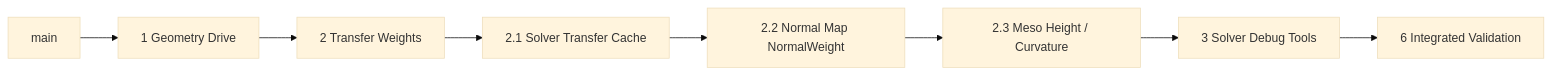
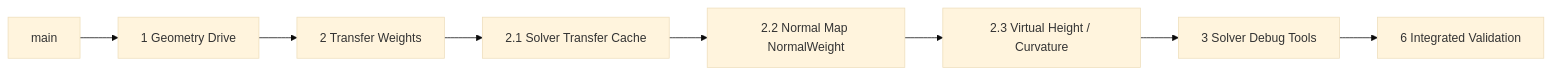
One commit to Yonaim/Material-Dependent-Surface-State-Engine changed the second of 2 diagrams in Docs/MDSSP-Vault/03_Planning/02_Weekly-Details/Week-05/0000_Week5-Branch-Plan.md. Above: the diagram before and after it, drawn with Mermaid (base theme). The commit also changed other lines of this file and 35 other files, not shown here.

Commit message:
Docs: Virtual Meso Geometry 용어와 형상 설명 정리

````diff
--- a/Docs/MDSSP-Vault/03_Planning/02_Weekly-Details/Week-05/0000_Week5-Branch-Plan.md
+++ b/Docs/MDSSP-Vault/03_Planning/02_Weekly-Details/Week-05/0000_Week5-Branch-Plan.md
@@ -132,10 +132,10 @@
 ```mermaid
 flowchart LR
     Main[main] --> B1[1 Geometry Drive]
     B1 --> B2[2 Transfer Weights]
     B2 --> B21[2.1 Solver Transfer Cache]
     B21 --> B22[2.2 Normal Map NormalWeight]
-    B22 --> B23[2.3 Meso Height / Curvature]
+    B22 --> B23[2.3 Virtual Height / Curvature]
     B23 --> B3[3 Solver Debug Tools]
     B3 --> B6[6 Integrated Validation]
 ```
````
